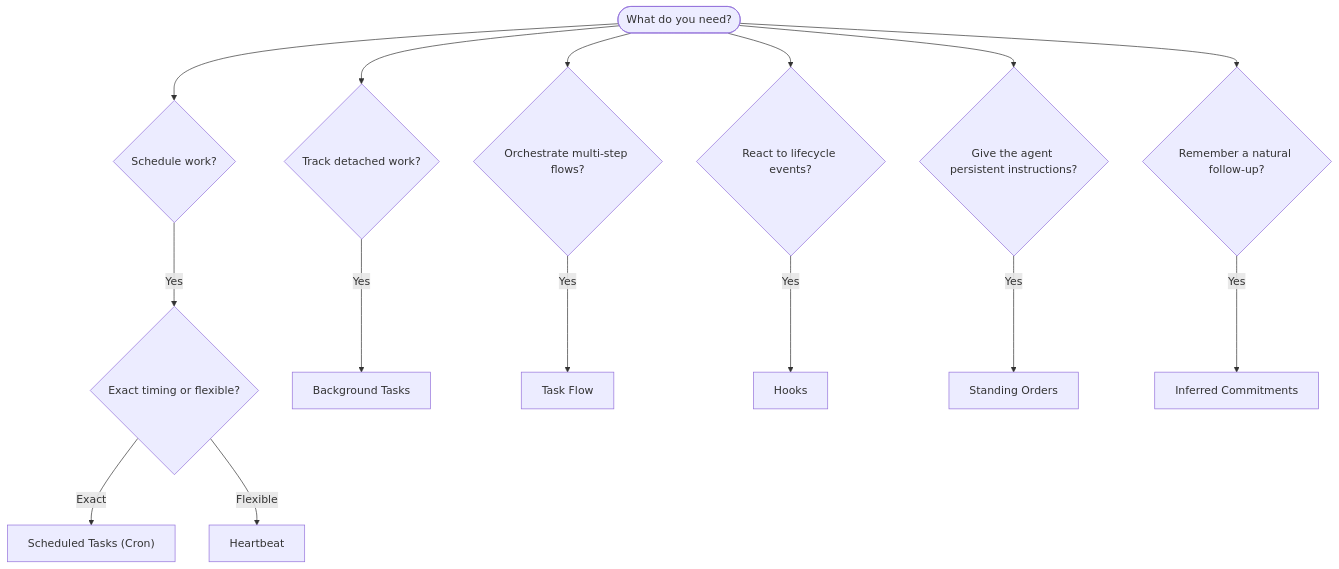
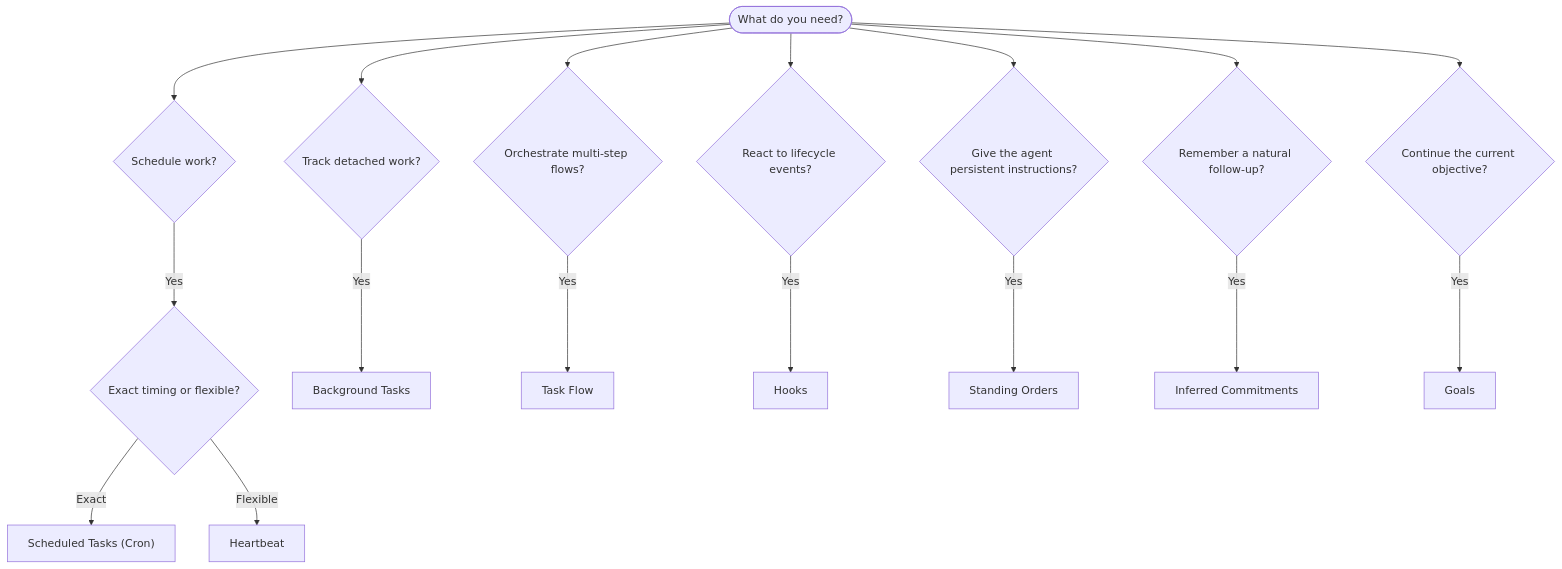
One commit to openclaw/openclaw changed the diagram in docs/automation/index.md. Above: the diagram before and after it, drawn with Mermaid. The commit also changed other lines of this file and 11 other files, not shown here.

````diff
--- a/docs/automation/index.md
+++ b/docs/automation/index.md
@@ -17,19 +17,21 @@
 ```mermaid
 flowchart TD
     START([What do you need?]) --> Q1{Schedule work?}
     START --> Q2{Track detached work?}
     START --> Q3{Orchestrate multi-step flows?}
     START --> Q4{React to lifecycle events?}
     START --> Q5{Give the agent persistent instructions?}
     START --> Q6{Remember a natural follow-up?}
+    START --> Q7{Continue the current objective?}
 
     Q1 -->|Yes| Q1a{Exact timing or flexible?}
     Q1a -->|Exact| CRON["Scheduled Tasks (Cron)"]
     Q1a -->|Flexible| HEARTBEAT[Heartbeat]
 
     Q2 -->|Yes| TASKS[Background Tasks]
     Q3 -->|Yes| FLOW[Task Flow]
     Q4 -->|Yes| HOOKS[Hooks]
     Q5 -->|Yes| SO[Standing Orders]
     Q6 -->|Yes| COMMITMENTS[Inferred Commitments]
+    Q7 -->|Yes| GOALS[Goals]
 ```
````
